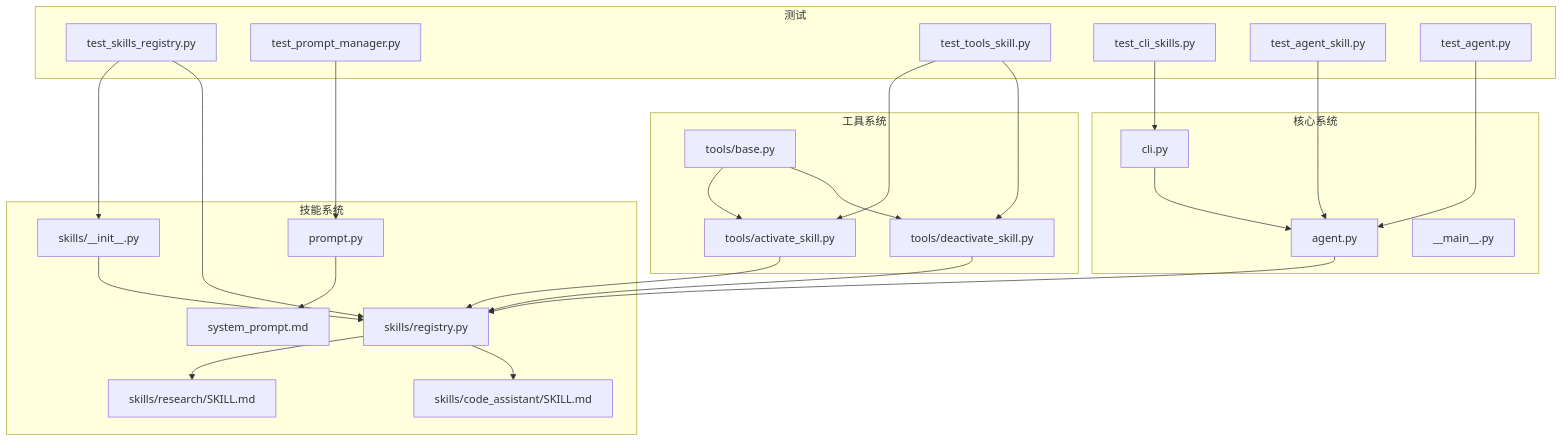
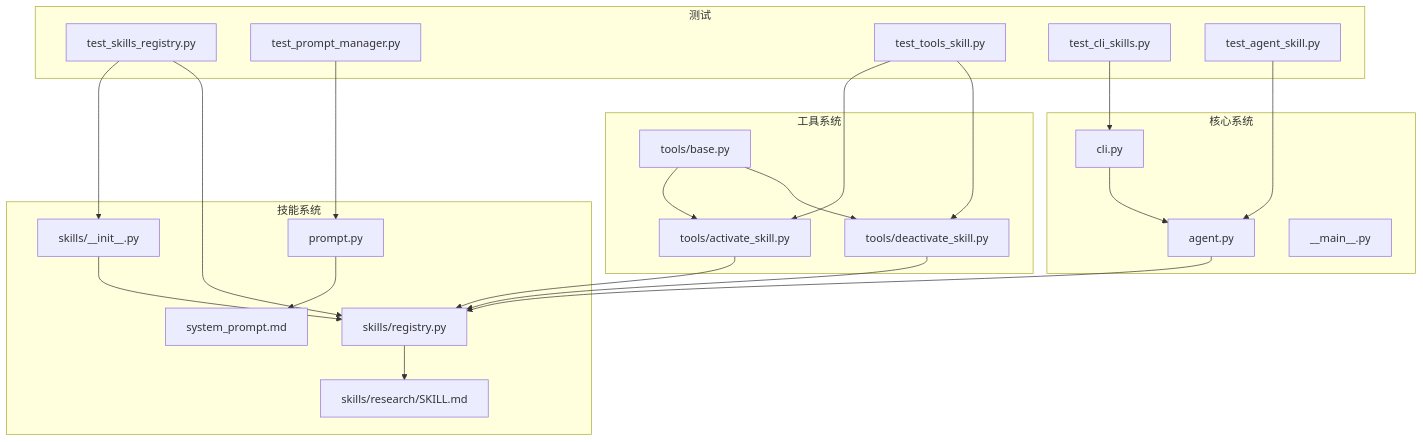
One commit to 250shiwo/MySmallAgent changed diagram 11 of 11 in .qoder/repowiki/zh/content/核心模块详解/技能系统.md. Above: the diagram before and after it, drawn with Mermaid. The commit also changed other lines of this file and 28 other files, not shown here.

````diff
--- a/.qoder/repowiki/zh/content/核心模块详解/技能系统.md
+++ b/.qoder/repowiki/zh/content/核心模块详解/技能系统.md
@@ -508,47 +488,43 @@
 ```mermaid
 graph TB
 subgraph "技能系统"
 A[skills/__init__.py]
 B[skills/registry.py]
 C[skills/research/SKILL.md]
-D[skills/code_assistant/SKILL.md]
-E[prompt.py]
-F[system_prompt.md]
+D[prompt.py]
+E[system_prompt.md]
 end
 subgraph "工具系统"
-G[tools/activate_skill.py]
-H[tools/deactivate_skill.py]
-I[tools/base.py]
+F[tools/activate_skill.py]
+G[tools/deactivate_skill.py]
+H[tools/base.py]
 end
 subgraph "核心系统"
-J[cli.py]
-K[agent.py]
-L[__main__.py]
+I[cli.py]
+J[agent.py]
+K[__main__.py]
 end
 subgraph "测试"
-M[test_skills_registry.py]
-N[test_prompt_manager.py]
-O[test_tools_skill.py]
-P[test_cli_skills.py]
-Q[test_agent_skill.py]
-R[test_agent.py]
+L[test_skills_registry.py]
+M[test_prompt_manager.py]
+N[test_tools_skill.py]
+O[test_cli_skills.py]
+P[test_agent_skill.py]
 end
 A --> B
 B --> C
-B --> D
-E --> F
+D --> E
+F --> B
 G --> B
-H --> B
-I --> G
-I --> H
-J --> K
-K --> B
-M --> A
-M --> B
-N --> E
-O --> G
-O --> H
+H --> F
+H --> G
+I --> J
+J --> B
+L --> A
+L --> B
+M --> D
+N --> F
+N --> G
+O --> I
 P --> J
-Q --> K
-R --> K
 ```
````
